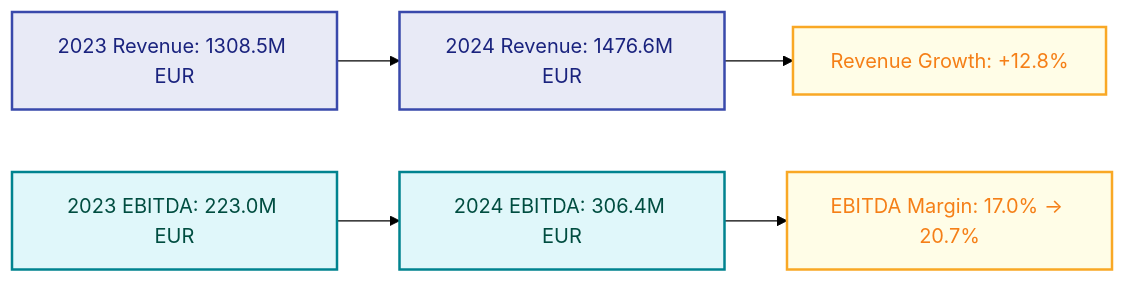
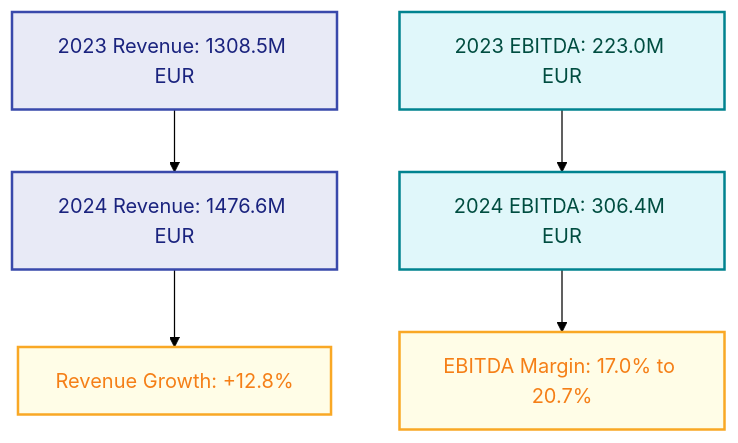
The second of 10 diagrams in README.md (willtran112358/socotec-client-data-solution), drawn with Mermaid (forest theme) before and after one commit. The commit also changed other lines of this file, not shown here.

First line of the commit message:
Improve Mermaid readability with vertical layouts.

````diff
--- a/README.md
+++ b/README.md
@@ -47,14 +47,14 @@
 ```mermaid
-flowchart LR
+flowchart TB
     R23["2023 Revenue: 1308.5M EUR"] --> R24["2024 Revenue: 1476.6M EUR"]
+    R24 --> G1["Revenue Growth: +12.8%"]
     E23["2023 EBITDA: 223.0M EUR"] --> E24["2024 EBITDA: 306.4M EUR"]
-    R24 --> G1["Revenue Growth: +12.8%"]
-    E24 --> G2["EBITDA Margin: 17.0% -> 20.7%"]
+    E24 --> G2["EBITDA Margin: 17.0% to 20.7%"]
 
     classDef revenue fill:#E8EAF6,stroke:#3949AB,stroke-width:2px,color:#1A237E;
     classDef ebitda fill:#E0F7FA,stroke:#00838F,stroke-width:2px,color:#004D40;
     classDef growth fill:#FFFDE7,stroke:#F9A825,stroke-width:2px,color:#F57F17;
     class R23,R24 revenue;
     class E23,E24 ebitda;
     class G1,G2 growth;
 ```
````
